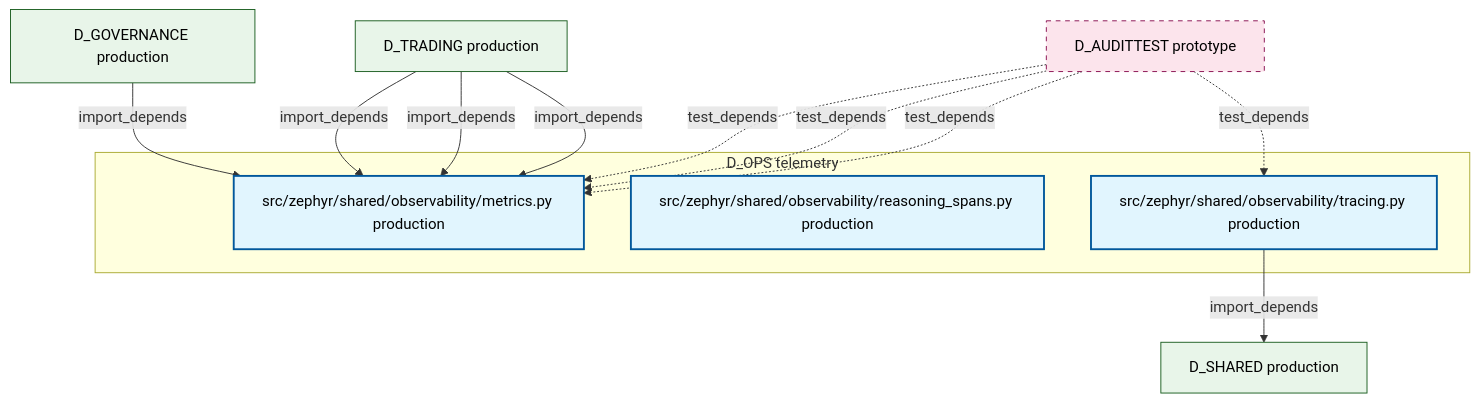
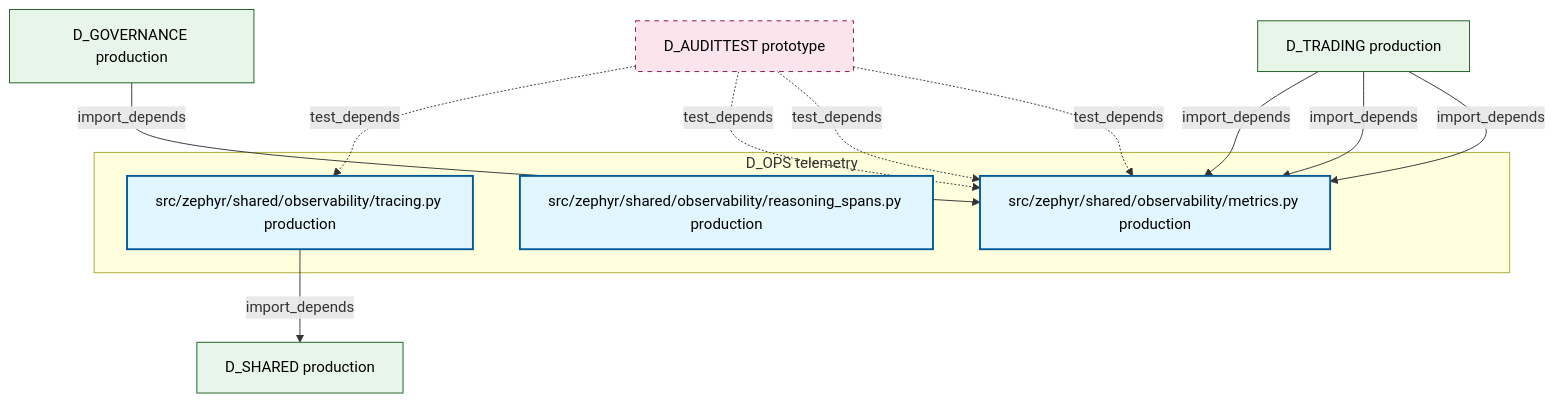
One commit to xuanFelixVan/ZephyrAlpha changed the diagram in docs/02_enterprise_architecture/02_domain_architecture_docs/15_d_ops.md. Above: the diagram before and after it, drawn with Mermaid. The commit also changed other lines of this file and 99 other files, not shown here.

````diff
--- a/docs/02_enterprise_architecture/02_domain_architecture_docs/15_d_ops.md
+++ b/docs/02_enterprise_architecture/02_domain_architecture_docs/15_d_ops.md
@@ -47,28 +47,28 @@
 ```mermaid
 graph TD
     subgraph D_OPS["D_OPS telemetry"]
         src_zephyr_shared_observability_metrics_py["src/zephyr/shared/observability/metrics.py production"]
         src_zephyr_shared_observability_reasoning_spans_py["src/zephyr/shared/observability/reasoning_spans.py production"]
         src_zephyr_shared_observability_tracing_py["src/zephyr/shared/observability/tracing.py production"]
     end
     D_SHARED["D_SHARED production"]
     src_zephyr_shared_observability_tracing_py -->|import_depends| D_SHARED
     D_AUDITTEST["D_AUDITTEST prototype"]
     D_AUDITTEST -.->|test_depends| src_zephyr_shared_observability_tracing_py
     D_GOVERNANCE["D_GOVERNANCE production"]
     D_GOVERNANCE -->|import_depends| src_zephyr_shared_observability_metrics_py
+    D_AUDITTEST -.->|test_depends| src_zephyr_shared_observability_metrics_py
+    D_AUDITTEST -.->|test_depends| src_zephyr_shared_observability_metrics_py
+    D_AUDITTEST -.->|test_depends| src_zephyr_shared_observability_metrics_py
     D_TRADING["D_TRADING production"]
     D_TRADING -->|import_depends| src_zephyr_shared_observability_metrics_py
     D_TRADING -->|import_depends| src_zephyr_shared_observability_metrics_py
     D_TRADING -->|import_depends| src_zephyr_shared_observability_metrics_py
-    D_AUDITTEST -.->|test_depends| src_zephyr_shared_observability_metrics_py
-    D_AUDITTEST -.->|test_depends| src_zephyr_shared_observability_metrics_py
-    D_AUDITTEST -.->|test_depends| src_zephyr_shared_observability_metrics_py
     classDef production fill:#e1f5fe,stroke:#01579b,stroke-width:2px,color:#000
     classDef design fill:#fff3e0,stroke:#e65100,stroke-width:2px,color:#000,stroke-dasharray: 5 5
     classDef external_prod fill:#e8f5e9,stroke:#1b5e20,stroke-width:1px,color:#000
     classDef external_design fill:#fce4ec,stroke:#880e4f,stroke-width:1px,color:#000,stroke-dasharray: 5 5
     class src_zephyr_shared_observability_metrics_py,src_zephyr_shared_observability_reasoning_spans_py,src_zephyr_shared_observability_tracing_py production
     class D_SHARED,D_GOVERNANCE,D_TRADING external_prod
     class D_AUDITTEST external_design
 ```
````
